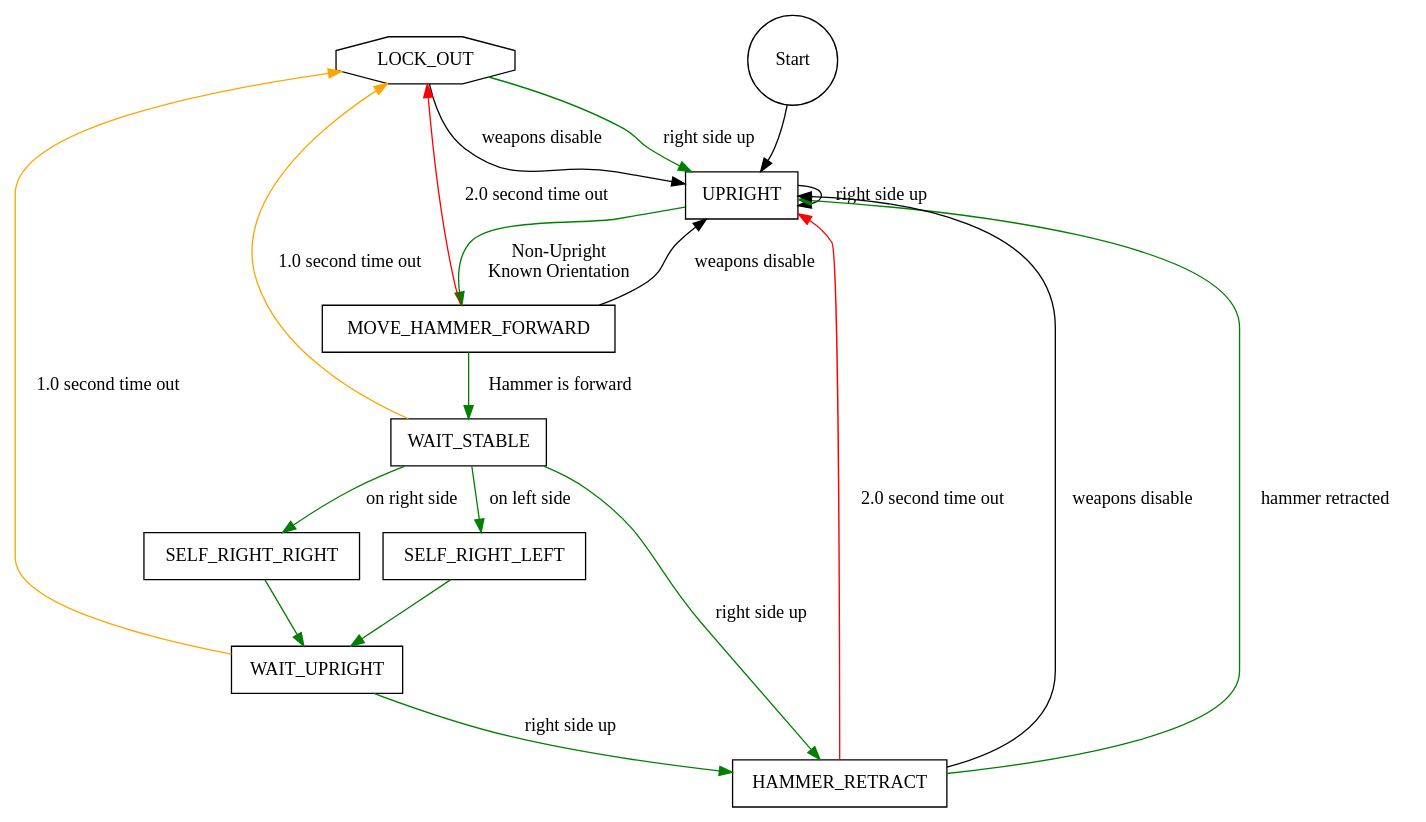
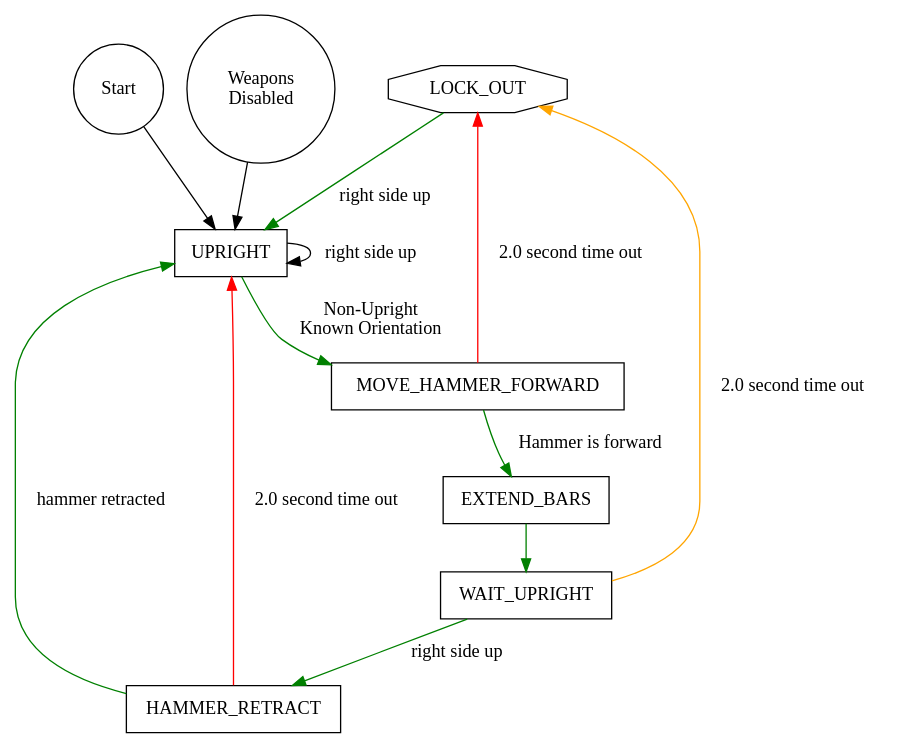
Before and after one commit to jaschalittle/Chomp: the diagram in arduino/chomp/selfright.dot, drawn with Graphviz. The commit also changed 1 other file, not shown here.

```diff
--- a/arduino/chomp/selfright.dot
+++ b/arduino/chomp/selfright.dot
@@ -1,46 +1,36 @@
 digraph SelfRight {
 // UPRIGHT MOVE_HAMMER_FORWARD WAIT_STABLE SELF_RIGHT_LEFT
 // SELF_RIGHT_RIGHT WAIT_UPRIGHT HAMMER_RETRACT
 node [shape="box"];
 LOCK_OUT [shape="octagon"];
 
 Start [shape="circle"];
 Start -> UPRIGHT;
 
+Disable [shape="circle" label="Weapons\nDisabled"]
+Disable -> UPRIGHT
+
 UPRIGHT -> MOVE_HAMMER_FORWARD [label="Non-Upright\nKnown Orientation"
                                 color="green"];
 UPRIGHT -> UPRIGHT [label="right side up"];
 
-MOVE_HAMMER_FORWARD -> WAIT_STABLE [label="Hammer is forward"
-                                    color="green"];
+MOVE_HAMMER_FORWARD -> EXTEND_BARS [label="Hammer is forward"
+                                   color="green"];
 MOVE_HAMMER_FORWARD -> LOCK_OUT [label="2.0 second time out",
                                  color="red"];
-MOVE_HAMMER_FORWARD -> UPRIGHT [label="weapons disable"];
 
-WAIT_STABLE -> SELF_RIGHT_LEFT [label="on left side"
-                                color="green"];
-WAIT_STABLE -> SELF_RIGHT_RIGHT [label="on right side"
-                                 color="green"];
-WAIT_STABLE -> HAMMER_RETRACT [label="right side up"
-                               color="green"];
-WAIT_STABLE -> LOCK_OUT [label="1.0 second time out"
-                         color="orange"];
-
-SELF_RIGHT_LEFT -> WAIT_UPRIGHT [color="green"];
-SELF_RIGHT_RIGHT -> WAIT_UPRIGHT [color="green"];
+EXTEND_BARS -> WAIT_UPRIGHT [color="green"];
 
 WAIT_UPRIGHT -> HAMMER_RETRACT [label="right side up"
                                 color="green"];
-WAIT_UPRIGHT -> LOCK_OUT [label="1.0 second time out"
+WAIT_UPRIGHT -> LOCK_OUT [label="2.0 second time out"
                           color="orange"];
 
 HAMMER_RETRACT -> UPRIGHT [label="hammer retracted"
                            color="green"];
 HAMMER_RETRACT -> UPRIGHT [label="2.0 second time out"
                            color="red"];
-HAMMER_RETRACT -> UPRIGHT [label="weapons disable"];
 
 LOCK_OUT -> UPRIGHT [label="right side up"
                      color="green"];
-LOCK_OUT -> UPRIGHT [label="weapons disable"];
 }
```
